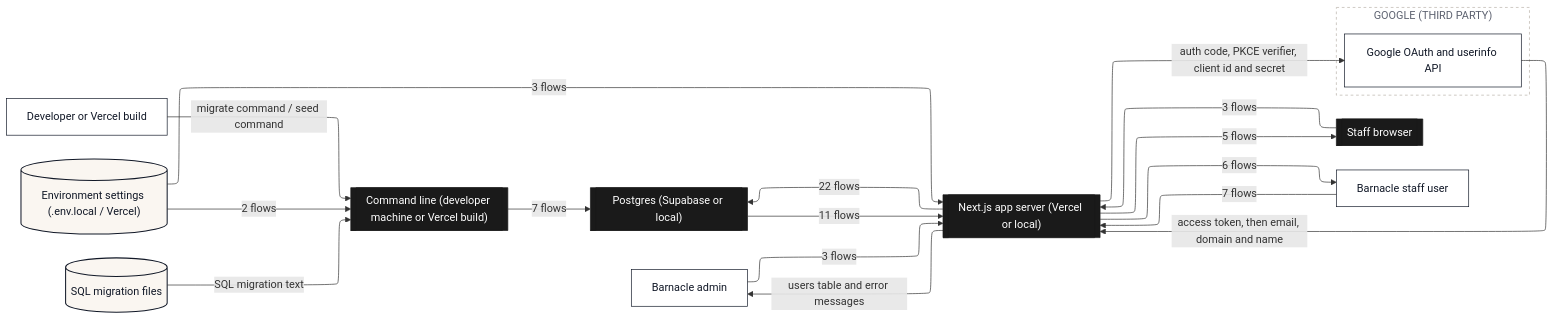
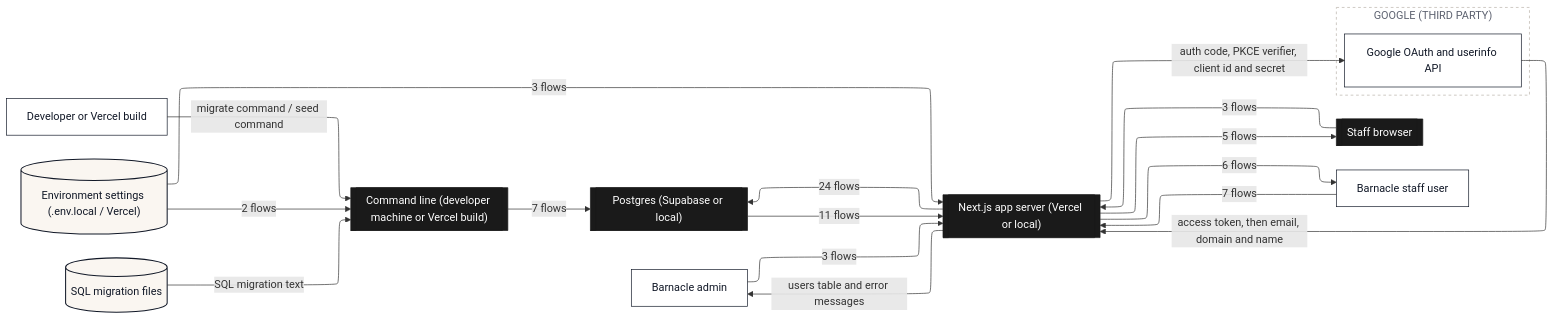
Before and after one commit to Romain-Perche/Barnacle-Pipe: the second of 9 diagrams in dataflow/DATAFLOW.md, drawn with Mermaid. The commit also changed other lines of this file and 7 other files, not shown here.

````diff
--- a/dataflow/DATAFLOW.md
+++ b/dataflow/DATAFLOW.md
@@ -85,44 +85,44 @@
 ```mermaid
 ---
 config:
   layout: elk
 ---
 flowchart LR
     n1[["Next.js app server (Vercel or local)"]]
     n2[["Staff browser"]]
     n3[["Command line (developer machine or Vercel build)"]]
     n4[["Postgres (Supabase or local)"]]
     n5["Barnacle admin"]
     n6["Developer or Vercel build"]
     n7[("Environment settings (.env.local / Vercel)")]
     n8[("SQL migration files")]
     n9["Barnacle staff user"]
     subgraph z1["GOOGLE (THIRD PARTY)"]
         n10["Google OAuth and userinfo API"]
     end
     n5 -->|"3 flows"| n1
     n1 -->|"6 flows"| n9
     n2 -->|"3 flows"| n1
-    n1 -->|"22 flows"| n4
+    n1 -->|"24 flows"| n4
     n4 -->|"11 flows"| n1
     n6 -->|"migrate command / seed command"| n3
     n7 -->|"3 flows"| n1
     n7 -->|"2 flows"| n3
     n1 -->|"5 flows"| n2
     n1 -->|"auth code, PKCE verifier, client id and secret"| n10
     n10 -->|"access token, then email, domain and name"| n1
     n3 -->|"7 flows"| n4
     n8 -->|"SQL migration text"| n3
     n9 -->|"7 flows"| n1
     n1 -->|"users table and error messages"| n5
     classDef actor fill:#FFFFFF,stroke:#111827,stroke-width:1px,color:#111827
     classDef process fill:#EDEAFF,stroke:#2B00FF,stroke-width:1.5px,color:#111827
     classDef store fill:#FAF6F1,stroke:#111827,stroke-width:1.5px,color:#111827
     classDef zone fill:#1A1A1A,stroke:#1A1A1A,color:#FFFFFF
     classDef group fill:#2B00FF,stroke:#2B00FF,color:#FFFFFF
     classDef stub fill:#FFFFFF,stroke:#2B00FF,stroke-width:1.5px,stroke-dasharray:5 4,color:#2B00FF
     class n5,n6,n9,n10 actor
     class n7,n8 store
     class n1,n2,n3,n4 zone
     style z1 fill:#FFFFFF,stroke:#B9B2A8,stroke-dasharray:4 4,color:#5D6270
 ```
````
